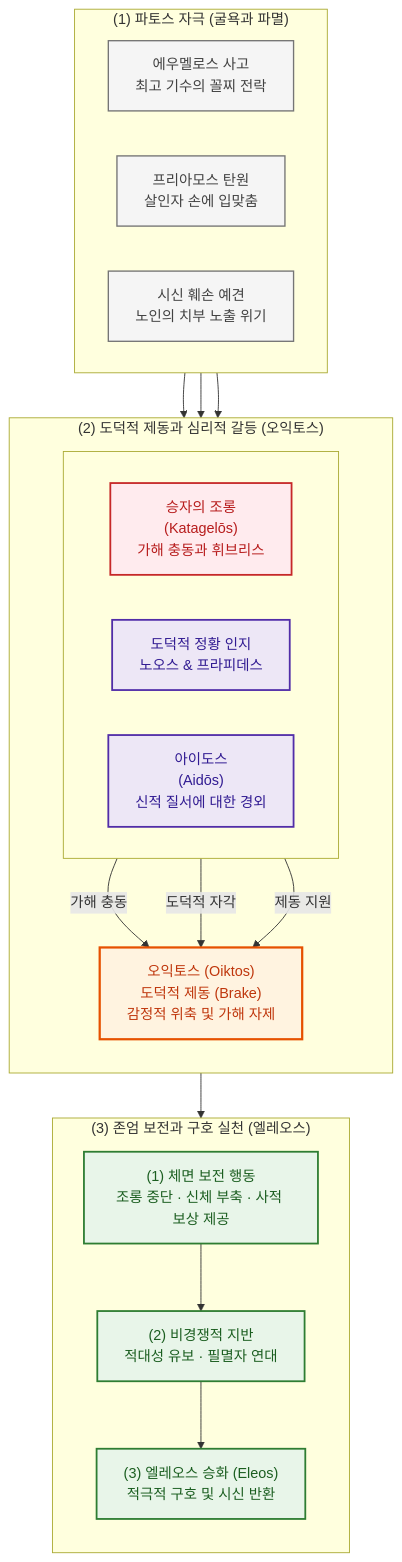
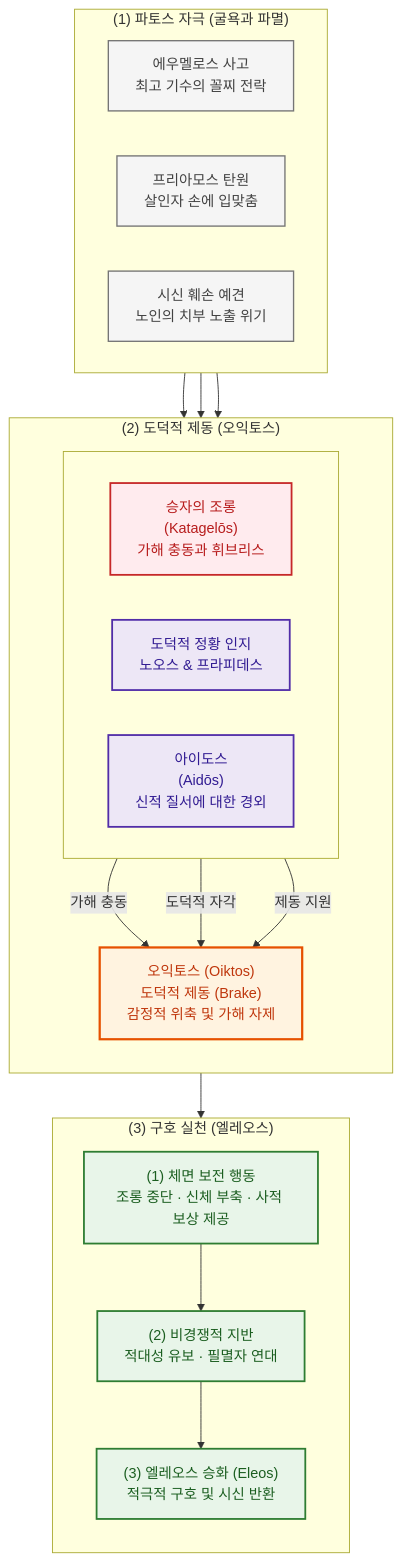
The diagram in wiki/concepts/concept-oiktos.md (YgHnSIM/Homer_wiki), drawn with Mermaid before and after one commit. The commit also changed 1 other file, not shown here.

Commit message:
fix(concepts): concept-oiktos 머메이드 서브그래프 타이틀 압축 및 클리핑 해소

````diff
--- a/wiki/concepts/concept-oiktos.md
+++ b/wiki/concepts/concept-oiktos.md
@@ -129,49 +129,49 @@
 ```mermaid
 flowchart TD
     %% 스타일 정의
     classDef core fill:#FFF3E0,stroke:#E65100,stroke-width:2.5px,color:#BF360C;
     classDef norm fill:#EDE7F6,stroke:#512DA8,stroke-width:2px,color:#311B92;
     classDef oppose fill:#FFEBEE,stroke:#C62828,stroke-width:2px,color:#B71C1C;
     classDef action fill:#E8F5E9,stroke:#2E7D32,stroke-width:2px,color:#1B5E20;
     classDef event fill:#F5F5F5,stroke:#757575,stroke-width:1.5px,color:#424242;
 
     %% 1. 파토스 자극
     subgraph S1 ["(1) 파토스 자극 (굴욕과 파멸)"]
         direction LR
         E1["에우멜로스 사고<br/>최고 기수의 꼴찌 전락"]:::event
         E2["프리아모스 탄원<br/>살인자 손에 입맞춤"]:::event
         E3["시신 훼손 예견<br/>노인의 치부 노출 위기"]:::event
     end
 
-    %% 2. 도덕적 제동과 심리적 갈등
-    subgraph S2 ["(2) 도덕적 제동과 심리적 갈등 (오익토스)"]
+    %% 2. 도덕적 제동
+    subgraph S2 ["(2) 도덕적 제동 (오익토스)"]
         direction TB
         subgraph S2_Top [" "]
             direction LR
             OPP["승자의 조롱<br/>(Katagelōs)<br/>가해 충동과 휘브리스"]:::oppose
             COG["도덕적 정황 인지<br/>노오스 & 프라피데스"]:::norm
             AID["아이도스<br/>(Aidōs)<br/>신적 질서에 대한 경외"]:::norm
         end
 
         OIK["오익토스 (Oiktos)<br/>도덕적 제동 (Brake)<br/>감정적 위축 및 가해 자제"]:::core
 
         OPP -->|"가해 충동"| OIK
         COG -->|"도덕적 자각"| OIK
         AID -->|"제동 지원"| OIK
     end
 
     %% 3. 실천과 승화
-    subgraph S3 ["(3) 존엄 보전과 구호 실천 (엘레오스)"]
+    subgraph S3 ["(3) 구호 실천 (엘레오스)"]
         direction TB
         ACT["(1) 체면 보전 행동<br/>조롱 중단 · 신체 부축 · 사적 보상 제공"]:::action
         MED["(2) 비경쟁적 지반<br/>적대성 유보 · 필멸자 연대"]:::action
         ELE["(3) 엘레오스 승화 (Eleos)<br/>적극적 구호 및 시신 반환"]:::action
 
         ACT --> MED
         MED --> ELE
     end
 
     %% 단계 간 연결
     E1 & E2 & E3 --> COG
     OIK --> ACT
 ```
````
